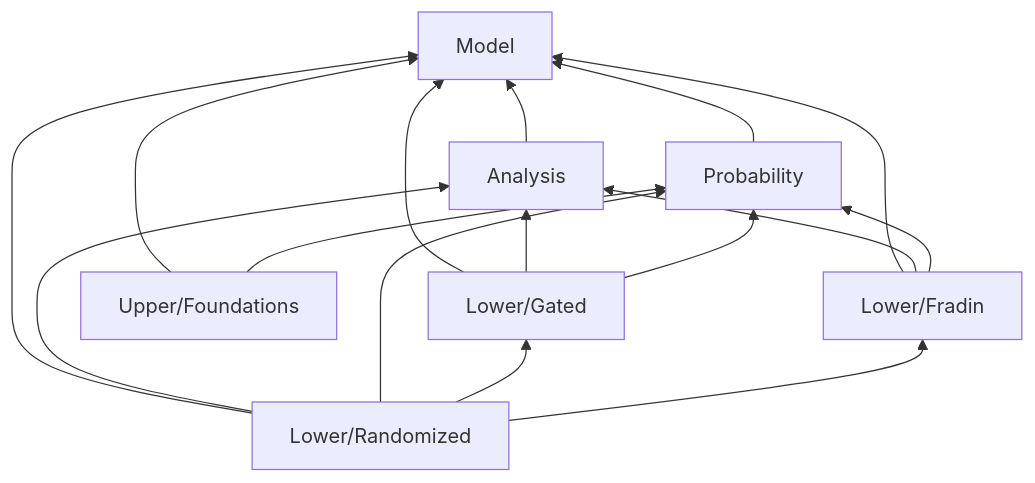
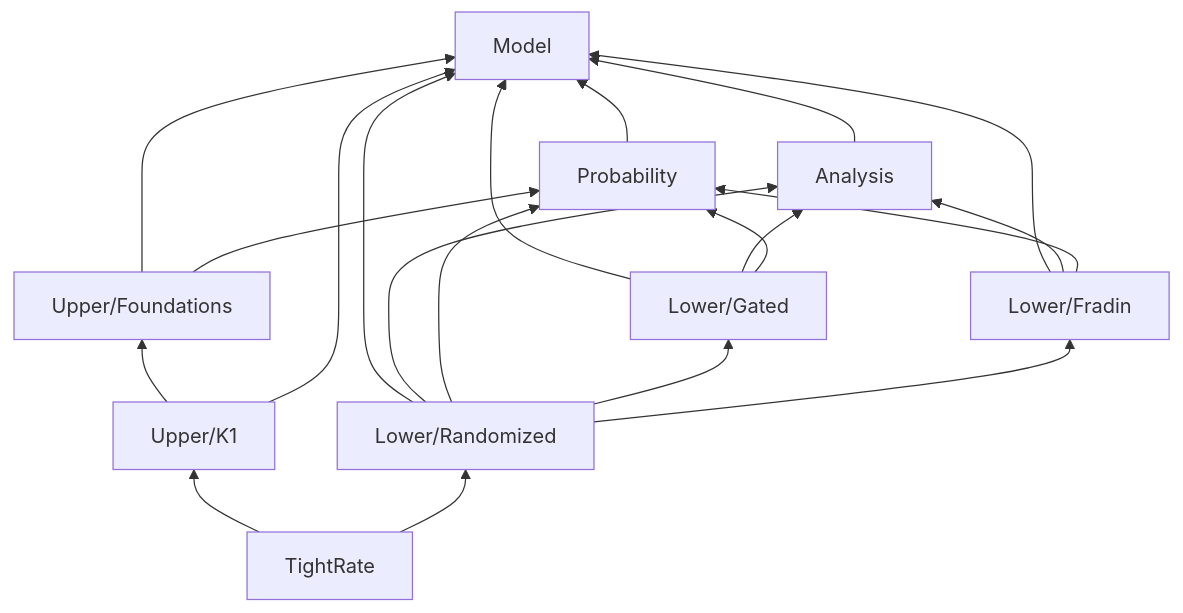
One commit to xiong-zx/heavy-tailed-noise-lean changed the diagram in README.md. Above: the diagram before and after it, drawn with Mermaid. The commit also changed other lines of this file and 213 other files, not shown here.

Commit message:
Verify strict K=1 upper and matching rate

````diff
--- a/README.md
+++ b/README.md
@@ -116,18 +169,22 @@
 ```mermaid
 flowchart BT
   G[Lower/Gated] --> M[Model]
   G --> A[Analysis]
   G --> P[Probability]
   F[Lower/Fradin] --> M
   F --> A
   F --> P
   R[Lower/Randomized] --> M
   R --> A
   R --> P
   R --> G
   R --> F
   U[Upper/Foundations] --> M
   U --> P
+  K[Upper/K1] --> U
+  K --> M
+  T[TightRate] --> K
+  T --> R
   A --> M
   P --> M
 ```
````
